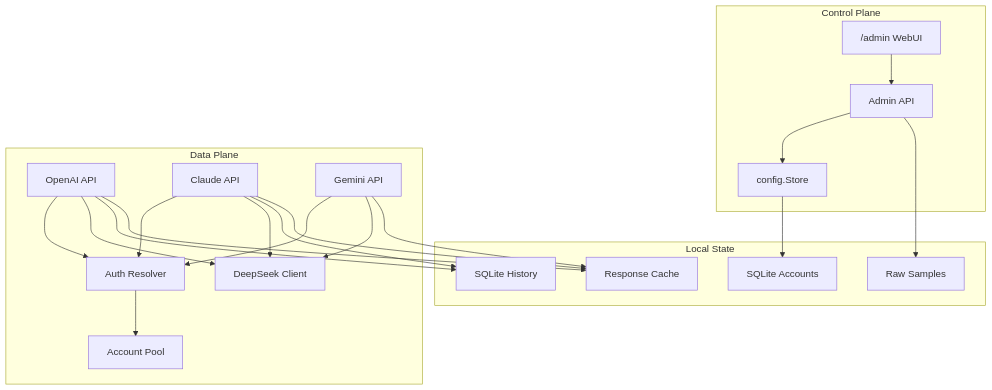
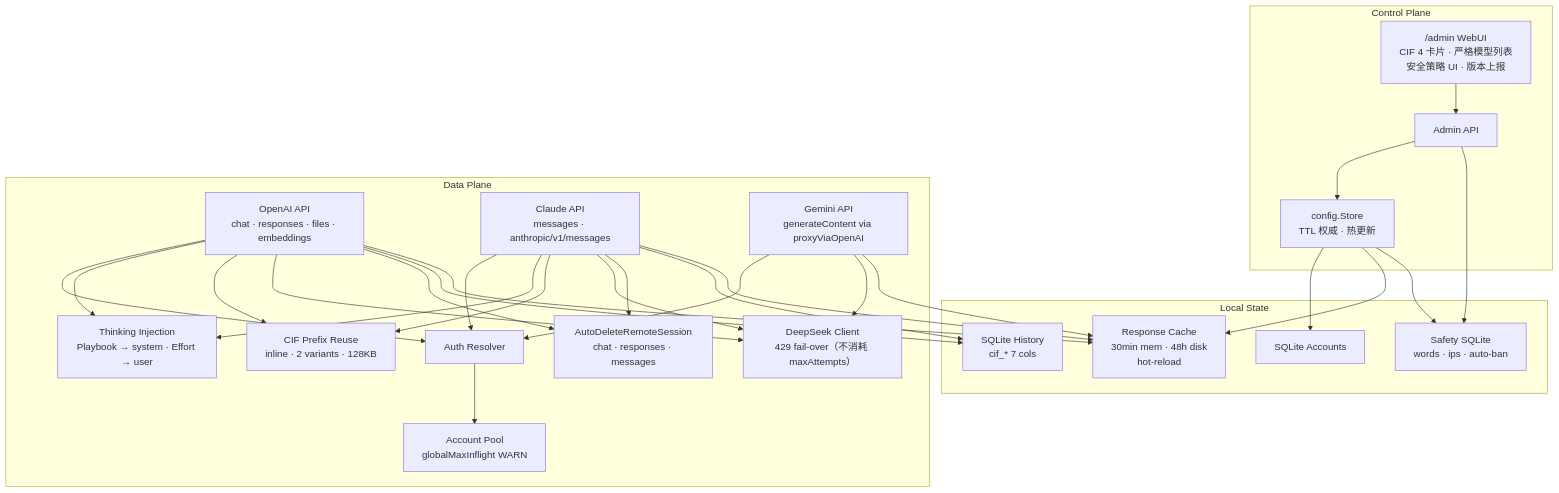
One commit to marklove5102/DeepSeek_Web_To_API changed the second of 2 diagrams in docs/Project Overview/Project Overview.md. Above: the diagram before and after it, drawn with Mermaid. The commit also changed other lines of this file and 4 other files, not shown here.

````diff
--- a/docs/Project Overview/Project Overview.md
+++ b/docs/Project Overview/Project Overview.md
@@ -100,38 +131,49 @@
 ```mermaid
 graph TB
 subgraph "Control Plane"
-ADMINWEB["/admin WebUI"]
+ADMINWEB["/admin WebUI<br/>CIF 4 卡片 · 严格模型列表<br/>安全策略 UI · 版本上报"]
 ADMINAPI["Admin API"]
-CONFIGSTORE["config.Store"]
+CONFIGSTORE["config.Store<br/>TTL 权威 · 热更新"]
 end
 subgraph "Data Plane"
-OPENAI["OpenAI API"]
-CLAUDE["Claude API"]
-GEMINI["Gemini API"]
+OPENAI["OpenAI API<br/>chat · responses · files · embeddings"]
+CLAUDE["Claude API<br/>messages · anthropic/v1/messages"]
+GEMINI["Gemini API<br/>generateContent via proxyViaOpenAI"]
 AUTH["Auth Resolver"]
-POOL["Account Pool"]
-UPSTREAM["DeepSeek Client"]
+POOL["Account Pool<br/>globalMaxInflight WARN"]
+THINKING["Thinking Injection<br/>Playbook → system · Effort → user"]
+CIF["CIF Prefix Reuse<br/>inline · 2 variants · 128KB"]
+UPSTREAM["DeepSeek Client<br/>429 fail-over（不消耗 maxAttempts）"]
+AUTODEL["AutoDeleteRemoteSession<br/>chat · responses · messages"]
 end
 subgraph "Local State"
 ACCOUNTS["SQLite Accounts"]
-HISTORY["SQLite History"]
-CACHE["Response Cache"]
-RAW["Raw Samples"]
+HISTORY["SQLite History<br/>cif_* 7 cols"]
+RCACHE["Response Cache<br/>30min mem · 48h disk<br/>hot-reload"]
+SAFETY["Safety SQLite<br/>words · ips · auto-ban"]
 end
 ADMINWEB --> ADMINAPI
 ADMINAPI --> CONFIGSTORE
 CONFIGSTORE --> ACCOUNTS
+CONFIGSTORE --> RCACHE
+CONFIGSTORE --> SAFETY
 OPENAI --> AUTH
 CLAUDE --> AUTH
 GEMINI --> AUTH
 AUTH --> POOL
+OPENAI --> THINKING
+CLAUDE --> THINKING
+OPENAI --> CIF
+CLAUDE --> CIF
 OPENAI --> UPSTREAM
 CLAUDE --> UPSTREAM
 GEMINI --> UPSTREAM
+OPENAI --> AUTODEL
+CLAUDE --> AUTODEL
 OPENAI --> HISTORY
 CLAUDE --> HISTORY
-OPENAI --> CACHE
-CLAUDE --> CACHE
-GEMINI --> CACHE
-ADMINAPI --> RAW
+OPENAI --> RCACHE
+CLAUDE --> RCACHE
+GEMINI --> RCACHE
+ADMINAPI --> SAFETY
 ```
````
